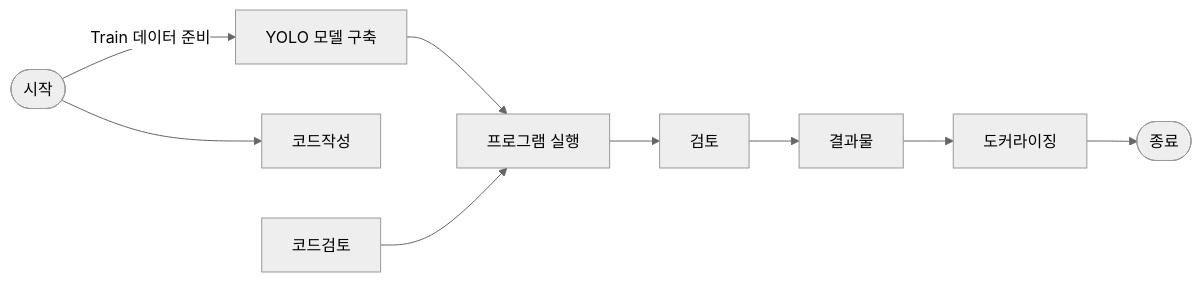
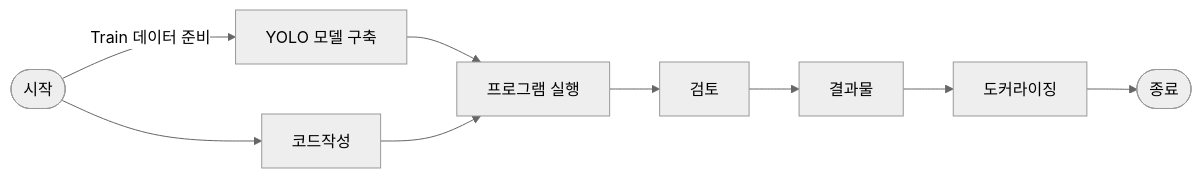
The first of 2 diagrams in README.md (gamdumdum/my-project), drawn with Mermaid (neutral theme) before and after one commit.

````diff
--- a/README.md
+++ b/README.md
@@ -2,17 +2,17 @@
 ```mermaid
 flowchart LR
     시작([시작])
     시작 -->|Train 데이터 준비| Yolo[YOLO 모델 구축]
     시작 --> 코드[코드작성]
 
     Yolo --> 실행[프로그램 실행]
-    코드검토 --> 실행
+    코드 --> 실행
 
     실행 --> 검토[검토]
     검토 --> 결과[결과물]
 
 
     결과 --> 도커[도커라이징]
     도커 --> 종료([종료])
 
 ```
````
